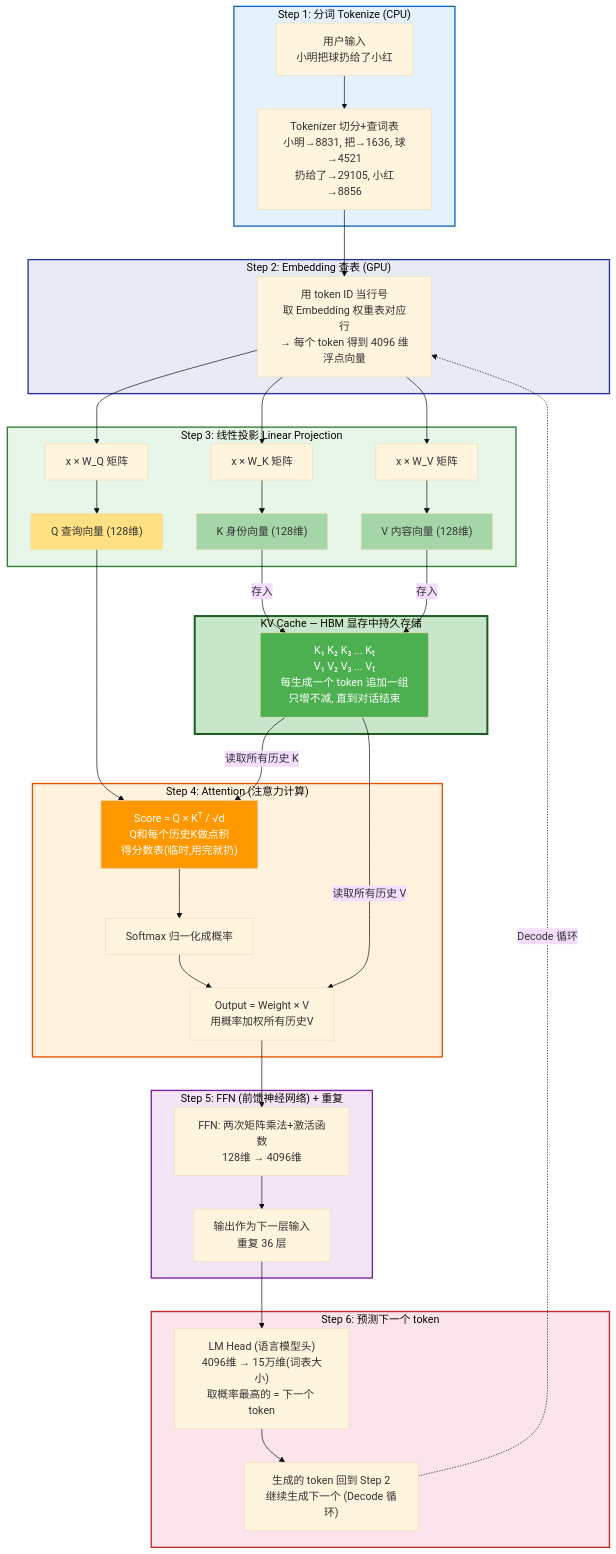
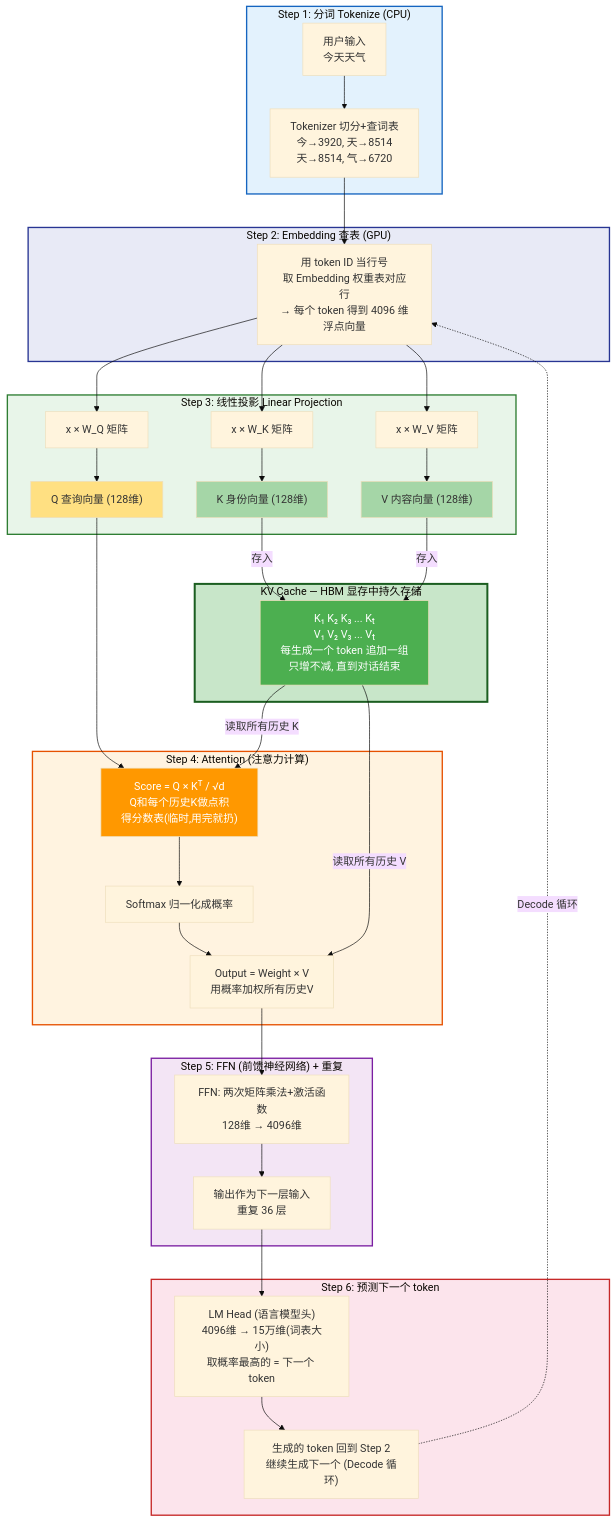
The diagram in Deep-Learning/KV-Cache-Deep-Dive/README-CN.md (david-xinyuwei/david-share), drawn with Mermaid (base theme) before and after one commit. The commit also changed other lines of this file and 1 other file, not shown here.

````diff
--- a/Deep-Learning/KV-Cache-Deep-Dive/README-CN.md
+++ b/Deep-Learning/KV-Cache-Deep-Dive/README-CN.md
@@ -117,62 +263,62 @@
 ```mermaid
 graph TD
     subgraph STEP1["Step 1: 分词 Tokenize (CPU)"]
-        INPUT["用户输入<br/>小明把球扔给了小红"] --> TOK["Tokenizer 切分+查词表<br/>小明→8831, 把→1636, 球→4521<br/>扔给了→29105, 小红→8856"]
+        INPUT["用户输入<br/>今天天气"] --> TOK["Tokenizer 切分+查词表<br/>今→3920, 天→8514<br/>天→8514, 气→6720"]
     end
 
     subgraph STEP2["Step 2: Embedding 查表 (GPU)"]
         TOK --> EMB["用 token ID 当行号<br/>取 Embedding 权重表对应行<br/>→ 每个 token 得到 4096 维浮点向量"]
     end
 
     subgraph STEP3["Step 3: 线性投影 Linear Projection"]
         EMB --> WQ["x × W_Q 矩阵"]
         EMB --> WK["x × W_K 矩阵"]
         EMB --> WV["x × W_V 矩阵"]
         WQ --> Q["Q 查询向量 (128维)"]
         WK --> K["K 身份向量 (128维)"]
         WV --> V["V 内容向量 (128维)"]
     end
 
     subgraph CACHE_ZONE["KV Cache — HBM 显存中持久存储"]
         KC["K₁ K₂ K₃ ... Kₜ<br/>V₁ V₂ V₃ ... Vₜ<br/>每生成一个 token 追加一组<br/>只增不减, 直到对话结束"]
     end
 
     subgraph STEP4["Step 4: Attention (注意力计算)"]
         SCORE["Score = Q × Kᵀ / √d<br/>Q和每个历史K做点积<br/>得分数表(临时,用完就扔)"]
         SOFT["Softmax 归一化成概率"]
         OUT["Output = Weight × V<br/>用概率加权所有历史V"]
         SCORE --> SOFT --> OUT
     end
 
     subgraph STEP5["Step 5: FFN (前馈神经网络) + 重复"]
         FFN["FFN: 两次矩阵乘法+激活函数<br/>128维 → 4096维"]
         NEXT["输出作为下一层输入<br/>重复 36 层"]
     end
 
     subgraph STEP6["Step 6: 预测下一个 token"]
         PREDICT["LM Head (语言模型头)<br/>4096维 → 15万维(词表大小)<br/>取概率最高的 = 下一个 token"]
         LOOP["生成的 token 回到 Step 2<br/>继续生成下一个 (Decode 循环)"]
     end
 
     K -->|"存入"| KC
     V -->|"存入"| KC
     Q --> SCORE
     KC -->|"读取所有历史 K"| SCORE
     KC -->|"读取所有历史 V"| OUT
     OUT --> FFN --> NEXT
     NEXT --> PREDICT --> LOOP
     LOOP -.->|"Decode 循环"| EMB
 
     style STEP1 fill:#E3F2FD,stroke:#1565C0,stroke-width:2px
     style STEP2 fill:#E8EAF6,stroke:#283593,stroke-width:2px
     style STEP3 fill:#E8F5E9,stroke:#2E7D32,stroke-width:2px
     style CACHE_ZONE fill:#C8E6C9,stroke:#1B5E20,stroke-width:3px
     style STEP4 fill:#FFF3E0,stroke:#E65100,stroke-width:2px
     style STEP5 fill:#F3E5F5,stroke:#7B1FA2,stroke-width:2px
     style STEP6 fill:#FCE4EC,stroke:#C62828,stroke-width:2px
     style KC fill:#4CAF50,color:#fff
     style SCORE fill:#FF9800,color:#fff
     style Q fill:#FFE082
     style K fill:#A5D6A7
     style V fill:#A5D6A7
 ```
````
